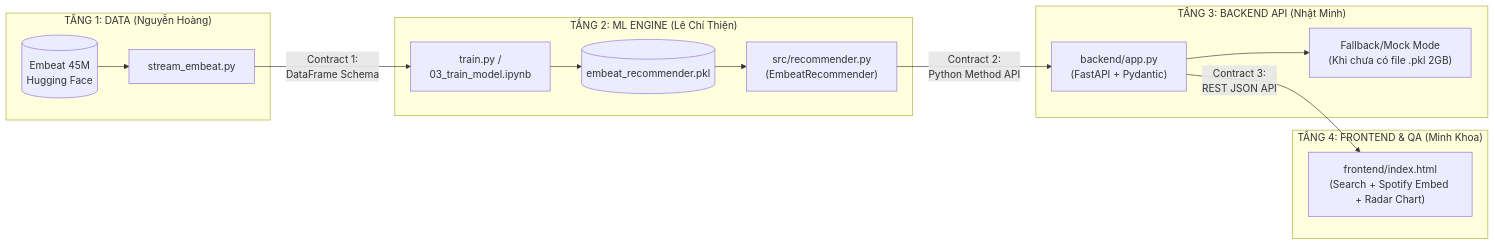
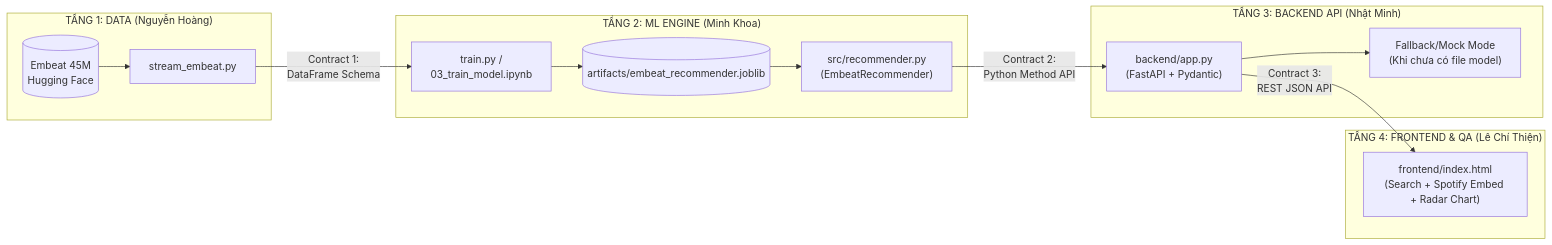
The diagram in music_recommender_project.md (CHUOIii/music_recommender_project), drawn with Mermaid before and after one commit. The commit also changed other lines of this file and 4 other files, not shown here.

````diff
--- a/music_recommender_project.md
+++ b/music_recommender_project.md
@@ -30,21 +30,21 @@
 ```mermaid
 flowchart LR
     subgraph L1["TẦNG 1: DATA (Nguyễn Hoàng)"]
         HF[("Embeat 45M\nHugging Face")] --> Stream["stream_embeat.py"]
     end
 
-    subgraph L2["TẦNG 2: ML ENGINE (Lê Chí Thiện)"]
+    subgraph L2["TẦNG 2: ML ENGINE (Minh Khoa)"]
         Stream -->|Contract 1:\nDataFrame Schema| Train["train.py /\n03_train_model.ipynb"]
-        Train --> Artifact[("embeat_recommender.pkl")]
+        Train --> Artifact[("artifacts/embeat_recommender.joblib")]
         Artifact --> RecClass["src/recommender.py\n(EmbeatRecommender)"]
     end
 
     subgraph L3["TẦNG 3: BACKEND API (Nhật Minh)"]
         RecClass -->|Contract 2:\nPython Method API| FastAPI["backend/app.py\n(FastAPI + Pydantic)"]
-        FastAPI --> Mock["Fallback/Mock Mode\n(Khi chưa có file .pkl 2GB)"]
+        FastAPI --> Mock["Fallback/Mock Mode\n(Khi chưa có file model)"]
     end
 
-    subgraph L4["TẦNG 4: FRONTEND & QA (Minh Khoa)"]
+    subgraph L4["TẦNG 4: FRONTEND & QA (Lê Chí Thiện)"]
         FastAPI -->|Contract 3:\nREST JSON API| WebUI["frontend/index.html\n(Search + Spotify Embed + Radar Chart)"]
     end
 ```
````
